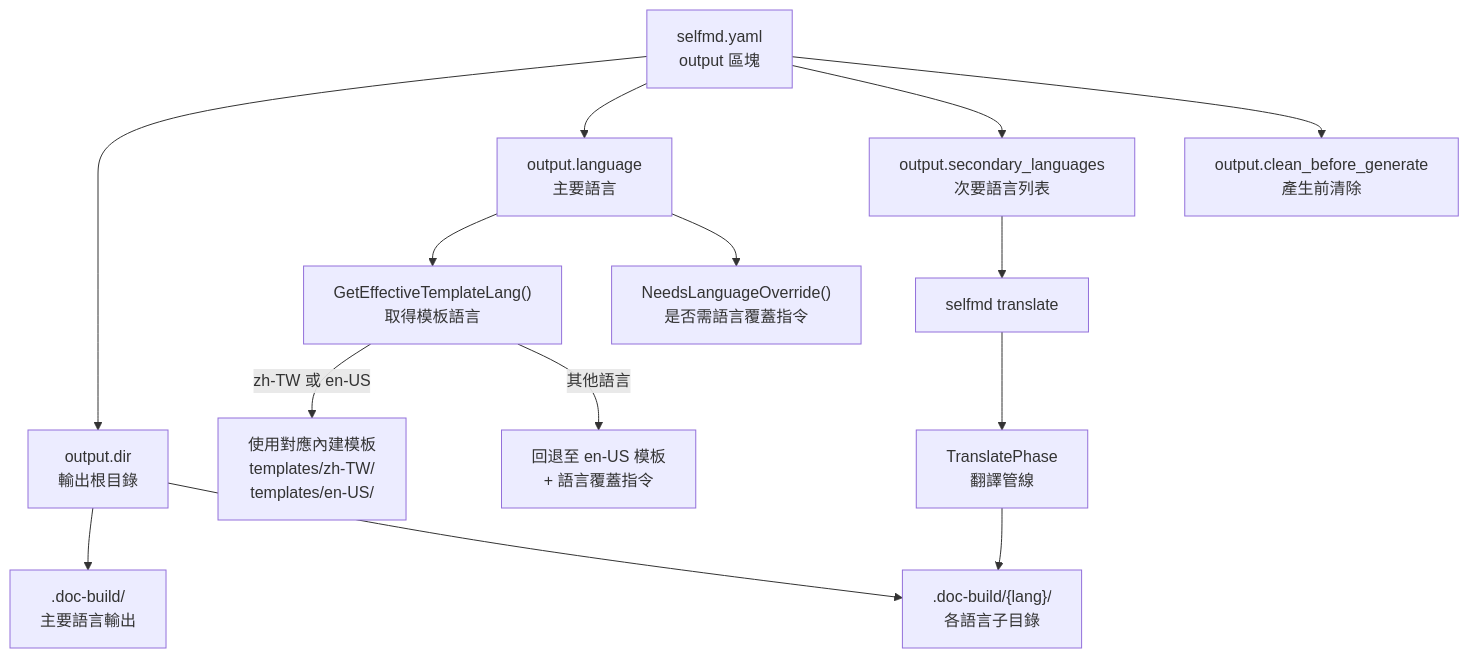
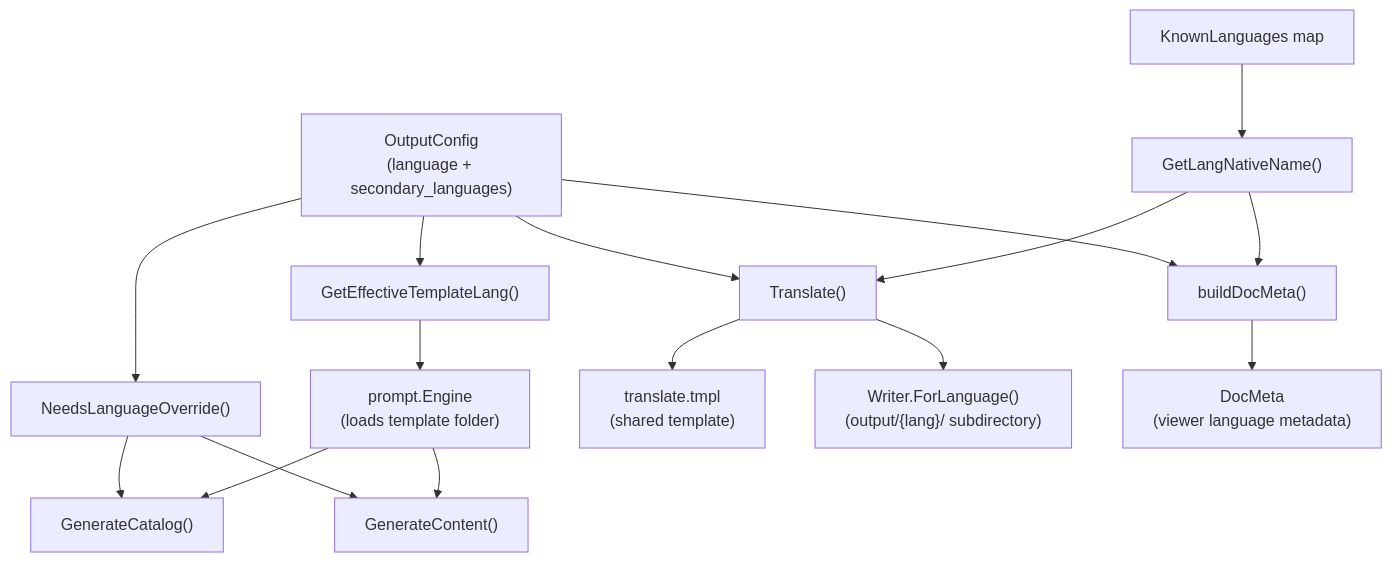
One commit to monkenWu/selfmd-claude-code changed the first of 3 diagrams in docs/configuration/output-language/index.md. Above: the diagram before and after it, drawn with Mermaid. The commit also changed other lines of this file and 145 other files, not shown here.

````diff
--- a/docs/configuration/output-language/index.md
+++ b/docs/configuration/output-language/index.md
@@ -18,22 +16,19 @@
 ```mermaid
 flowchart TD
-    Config["selfmd.yaml\noutput 區塊"]
-
-    Config --> Dir["output.dir\n輸出根目錄"]
-    Config --> Lang["output.language\n主要語言"]
-    Config --> SecLangs["output.secondary_languages\n次要語言列表"]
-    Config --> Clean["output.clean_before_generate\n產生前清除"]
-
-    Lang --> TemplateLang["GetEffectiveTemplateLang()\n取得模板語言"]
-    Lang --> LangOverride["NeedsLanguageOverride()\n是否需語言覆蓋指令"]
-
-    TemplateLang --> |"zh-TW 或 en-US"| BuiltinTmpl["使用對應內建模板\ntemplates/zh-TW/\ntemplates/en-US/"]
-    TemplateLang --> |"其他語言"| FallbackTmpl["回退至 en-US 模板\n+ 語言覆蓋指令"]
-
-    SecLangs --> TranslateCmd["selfmd translate"]
-    TranslateCmd --> TranslatePhase["TranslatePhase\n翻譯管線"]
-    TranslatePhase --> LangDir[".doc-build/{lang}/\n各語言子目錄"]
-
-    Dir --> MasterOut[".doc-build/\n主要語言輸出"]
-    Dir --> LangDir
+    Config["OutputConfig\n(language + secondary_languages)"]
+    Config --> TemplateLang["GetEffectiveTemplateLang()"]
+    Config --> Override["NeedsLanguageOverride()"]
+    TemplateLang --> Engine["prompt.Engine\n(loads template folder)"]
+    Override --> CatalogPhase["GenerateCatalog()"]
+    Override --> ContentPhase["GenerateContent()"]
+    Engine --> CatalogPhase
+    Engine --> ContentPhase
+    Config --> TranslatePhase["Translate()"]
+    TranslatePhase --> TranslateTemplate["translate.tmpl\n(shared template)"]
+    TranslatePhase --> LangWriter["Writer.ForLanguage()\n(output/{lang}/ subdirectory)"]
+    Config --> BuildDocMeta["buildDocMeta()"]
+    BuildDocMeta --> DocMeta["DocMeta\n(viewer language metadata)"]
+    KnownLanguages["KnownLanguages map"] --> GetLangNativeName["GetLangNativeName()"]
+    GetLangNativeName --> TranslatePhase
+    GetLangNativeName --> BuildDocMeta
 ```
````
